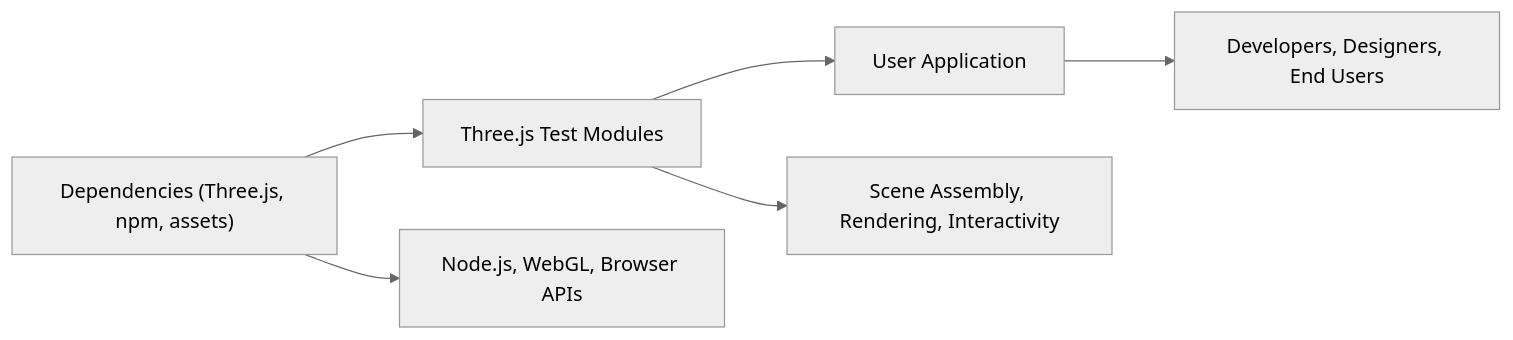
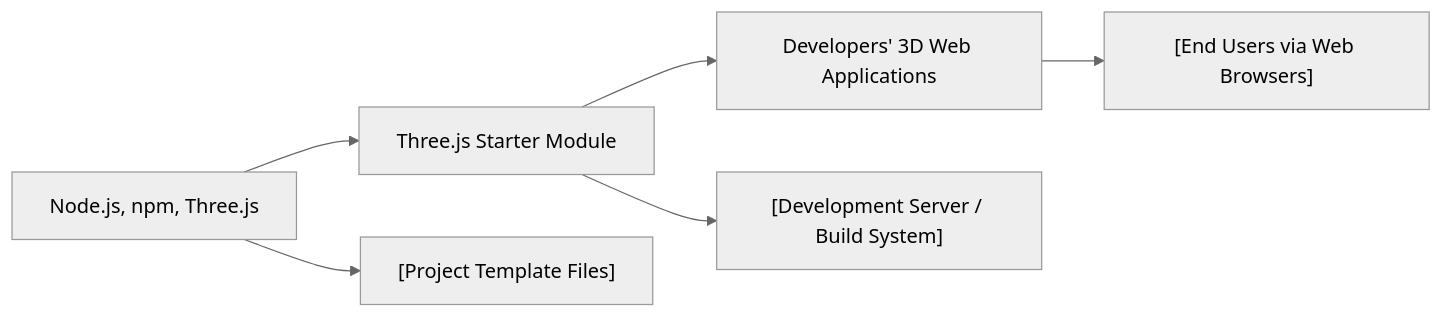
Before and after one commit to NicoooM/three-js-test: the diagram in .shelfya/README.md, drawn with Mermaid (neutral theme). The commit also changed other lines of this file and 4 other files, not shown here.

````diff
--- a/.shelfya/README.md
+++ b/.shelfya/README.md
@@ -76,8 +35,7 @@
 ```mermaid
 flowchart LR
-  dependencies["Dependencies (Three.js, npm, assets)"] --> thisModule["Three.js Test Modules"]
-  thisModule --> usedBy["User Application"]
-  dependencies --> details["Node.js, WebGL, Browser APIs"]
-  thisModule --> process["Scene Assembly, Rendering, Interactivity"]
-  usedBy --> consumers["Developers, Designers, End Users"]
+  dependencies["Node.js, npm, Three.js"] --> thisModule["Three.js Starter Module"] --> usedBy["Developers' 3D Web Applications"]
+  dependencies --> details["[Project Template Files]"]
+  thisModule --> process["[Development Server / Build System]"] 
+  usedBy --> consumers["[End Users via Web Browsers]"]
 ```
````
